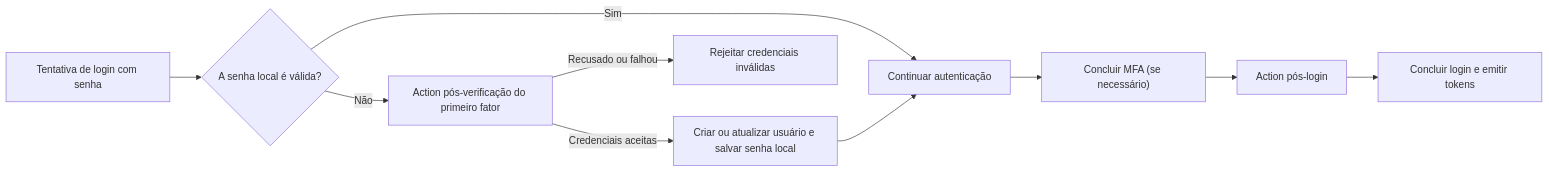
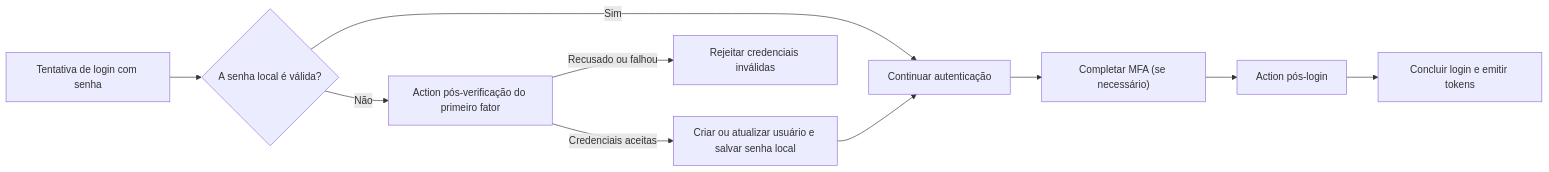
Before and after one commit to logto-io/docs: the diagram in i18n/pt-BR/docusaurus-plugin-content-docs/current/developers/actions/README.mdx, drawn with Mermaid. The commit also changed other lines of this file and 17 other files, not shown here.

````diff
--- a/i18n/pt-BR/docusaurus-plugin-content-docs/current/developers/actions/README.mdx
+++ b/i18n/pt-BR/docusaurus-plugin-content-docs/current/developers/actions/README.mdx
@@ -29,12 +29,12 @@
 ```mermaid
 flowchart LR
   A["Tentativa de login com senha"] --> B{"A senha local é válida?"}
   B -->|"Sim"| E["Continuar autenticação"]
   B -->|"Não"| C["Action pós-verificação do primeiro fator"]
   C -->|"Credenciais aceitas"| D["Criar ou atualizar usuário e salvar senha local"]
   C -->|"Recusado ou falhou"| X["Rejeitar credenciais inválidas"]
   D --> E
-  E --> F["Concluir MFA (se necessário)"]
+  E --> F["Completar MFA (se necessário)"]
   F --> G["Action pós-login"]
   G --> H["Concluir login e emitir tokens"]
 ```
````
